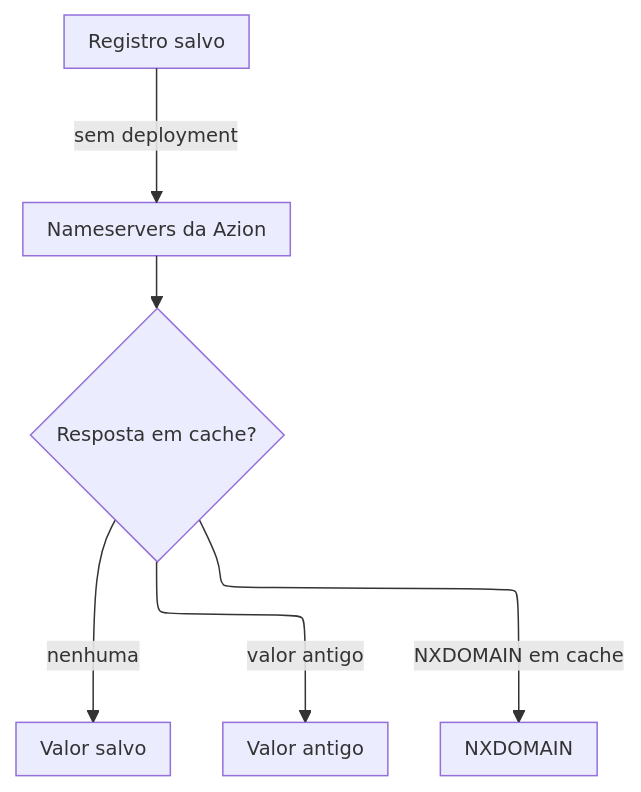
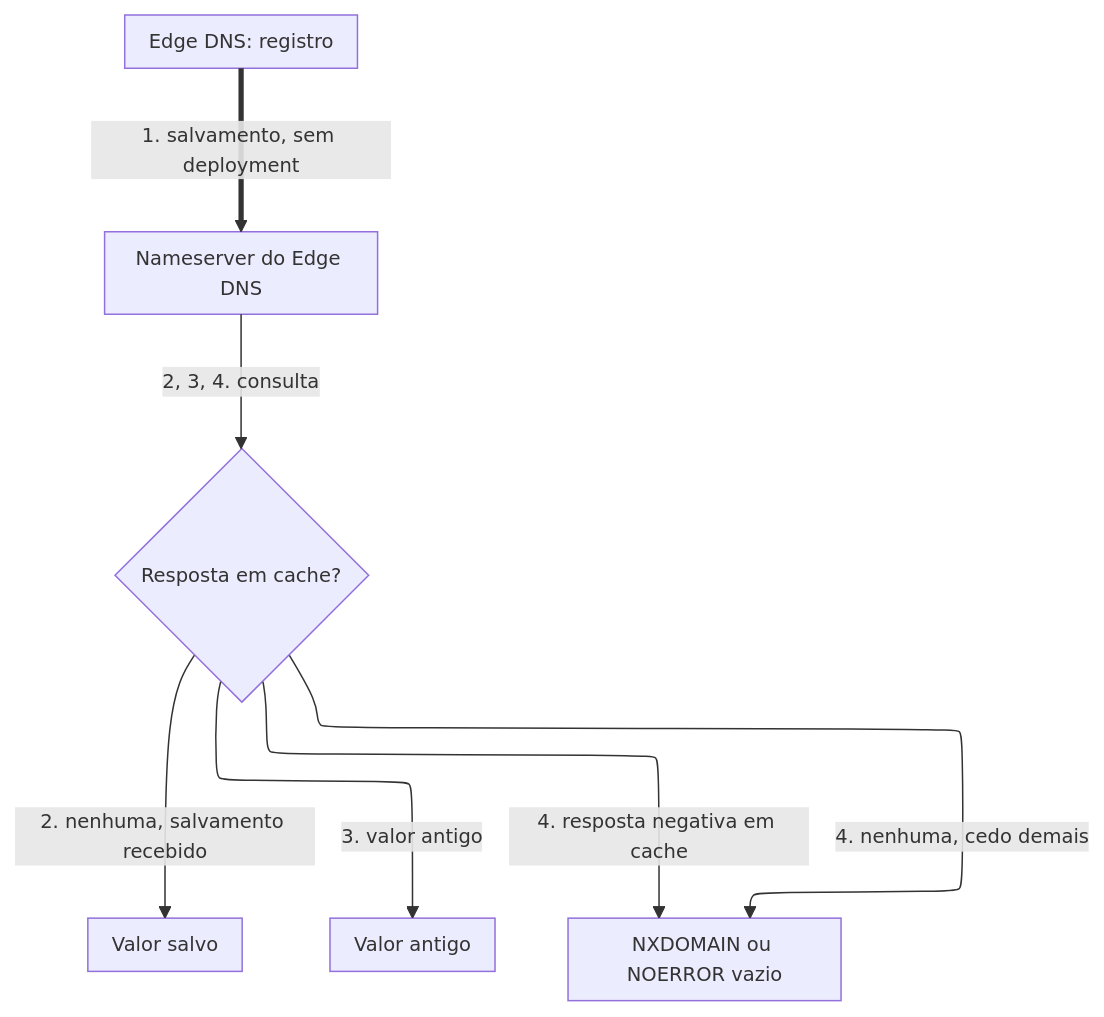
One commit to aziontech/docs changed the second of 4 diagrams in apps/docs/src/content/docs/pt-br/pages/secure/edge-dns/how-it-works.mdx. Above: the diagram before and after it, drawn with Mermaid. The commit also changed other lines of this file and 73 other files, not shown here.

Commit message:
fix(edge-dns): test the Edge DNS section against the product and correct the pages (#2710)

````diff
--- a/apps/docs/src/content/docs/pt-br/pages/secure/edge-dns/how-it-works.mdx
+++ b/apps/docs/src/content/docs/pt-br/pages/secure/edge-dns/how-it-works.mdx
@@ -52,9 +65,16 @@
 ```mermaid
 %%{init: {"layout": "elk", "themeVariables": {"fontSize": "13px"}, "flowchart": {"nodeSpacing": 24, "rankSpacing": 36, "padding": 8, "wrappingWidth": 150, "useMaxWidth": true}, "sequence": {"width": 120, "actorMargin": 30, "useMaxWidth": true}}}%%
 flowchart TD
-  Save["Registro salvo"] -->|"sem deployment"| Ns["Nameservers da Azion"]
-  Ns --> Check{"Resposta em cache?"}
-  Check -->|"nenhuma"| New["Valor salvo"]
-  Check -->|"valor antigo"| Old["Valor antigo"]
-  Check -->|"NXDOMAIN em cache"| Neg["NXDOMAIN"]
+  Rec["Edge DNS: registro"]
+  NS["Nameserver do Edge DNS"]
+  Check{"Resposta em cache?"}
+  New["Valor salvo"]
+  Old["Valor antigo"]
+  Neg["NXDOMAIN ou NOERROR vazio"]
+  Rec ==>|"1. salvamento, sem deployment"| NS
+  NS -->|"2, 3, 4. consulta"| Check
+  Check -->|"2. nenhuma, salvamento recebido"| New
+  Check -->|"3. valor antigo"| Old
+  Check -->|"4. nenhuma, cedo demais"| Neg
+  Check -->|"4. resposta negativa em cache"| Neg
 ```
````
